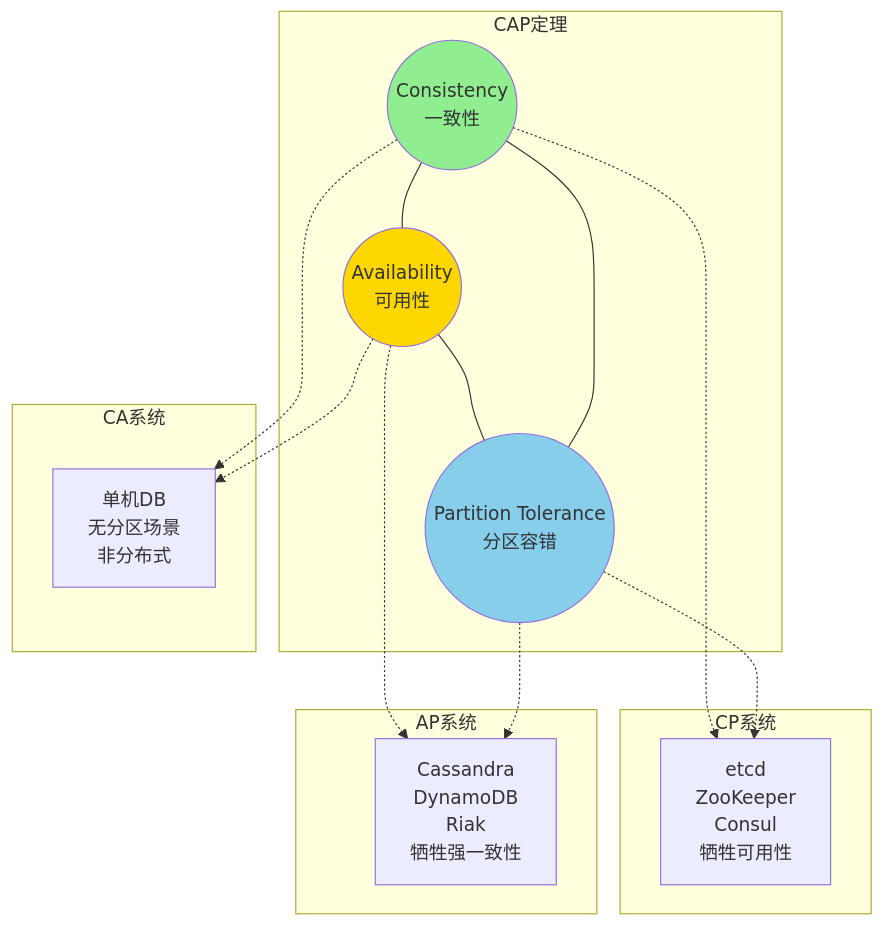
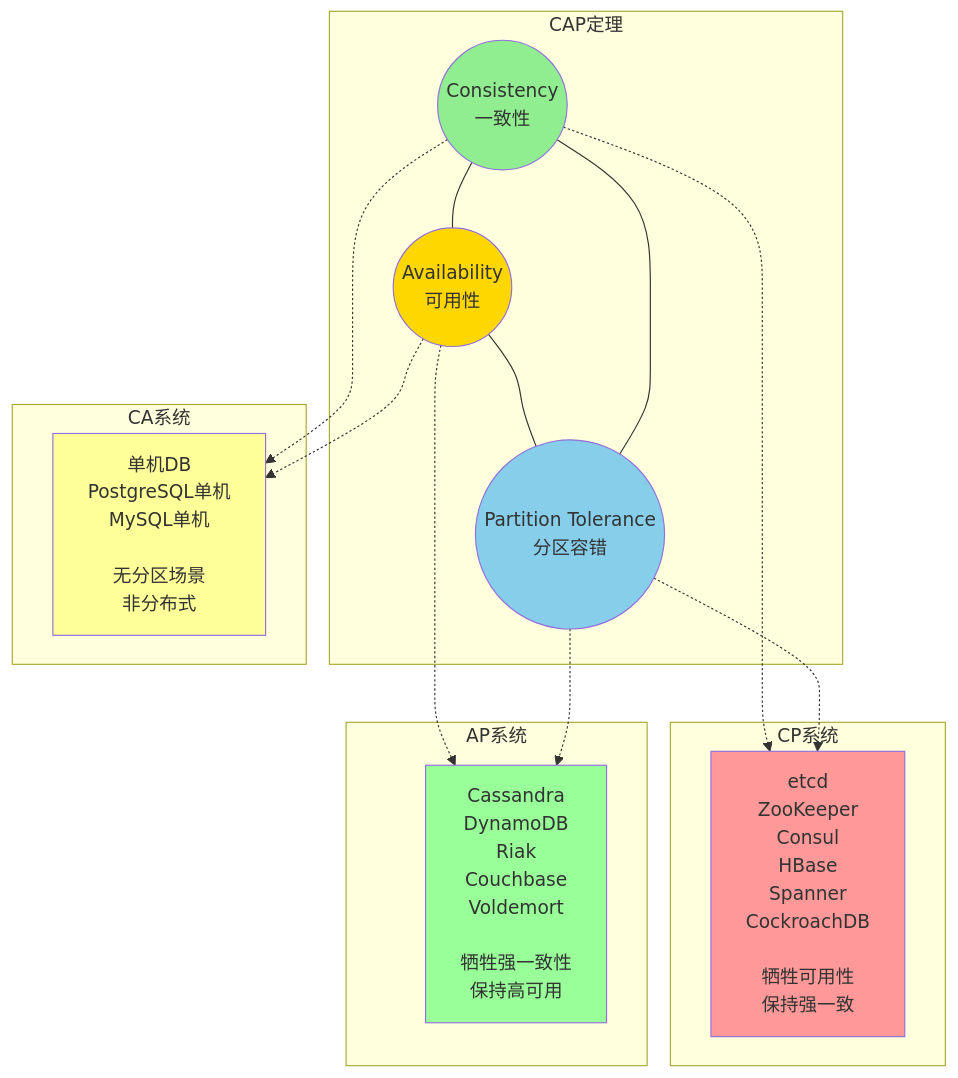
The fourth of 10 diagrams in formal-methods/03-model-taxonomy/04-consistency/02-cap-theorem.md (AdaMartin18010/AnalysisDataFlow), drawn with Mermaid before and after one commit. The commit also changed other lines of this file and 38 other files, not shown here.

````diff
--- a/formal-methods/03-model-taxonomy/04-consistency/02-cap-theorem.md
+++ b/formal-methods/03-model-taxonomy/04-consistency/02-cap-theorem.md
@@ -319,37 +1002,40 @@
 ```mermaid
 graph TB
     subgraph "CAP定理"
         C((Consistency<br/>一致性))
         A((Availability<br/>可用性))
         P((Partition Tolerance<br/>分区容错))
     end
 
     C --- A
     A --- P
     P --- C
 
     subgraph "CP系统"
-        CP_NOTE[etcd<br/>ZooKeeper<br/>Consul<br/>牺牲可用性]
+        CP_NOTE[etcd<br/>ZooKeeper<br/>Consul<br/>HBase<br/>Spanner<br/>CockroachDB<br/><br/>牺牲可用性<br/>保持强一致]
     end
 
     subgraph "AP系统"
-        AP_NOTE[Cassandra<br/>DynamoDB<br/>Riak<br/>牺牲强一致性]
+        AP_NOTE[Cassandra<br/>DynamoDB<br/>Riak<br/>Couchbase<br/>Voldemort<br/><br/>牺牲强一致性<br/>保持高可用]
     end
 
     subgraph "CA系统"
-        CA_NOTE[单机DB<br/>无分区场景<br/>非分布式]
+        CA_NOTE[单机DB<br/>PostgreSQL单机<br/>MySQL单机<br/><br/>无分区场景<br/>非分布式]
     end
 
     C -.-> CP_NOTE
     P -.-> CP_NOTE
 
     A -.-> AP_NOTE
     P -.-> AP_NOTE
 
     C -.-> CA_NOTE
     A -.-> CA_NOTE
 
     style C fill:#90EE90
     style A fill:#FFD700
     style P fill:#87CEEB
+    style CP_NOTE fill:#FF9999
+    style AP_NOTE fill:#99FF99
+    style CA_NOTE fill:#FFFF99
 ```
````
